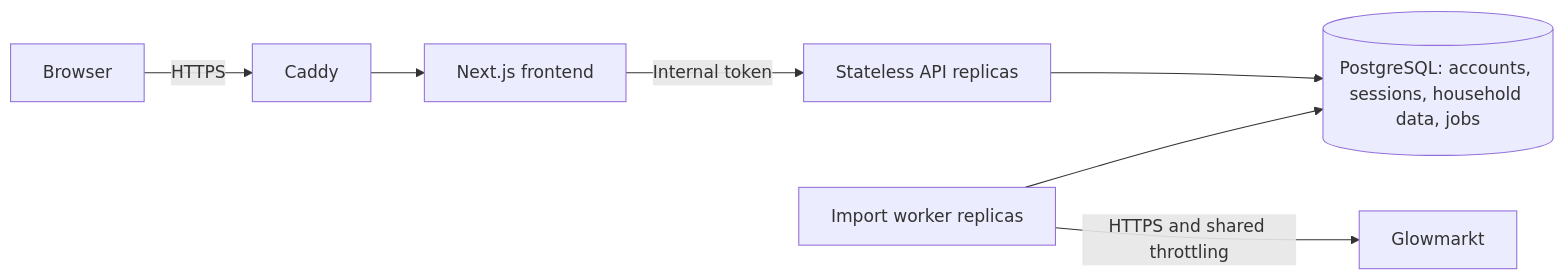
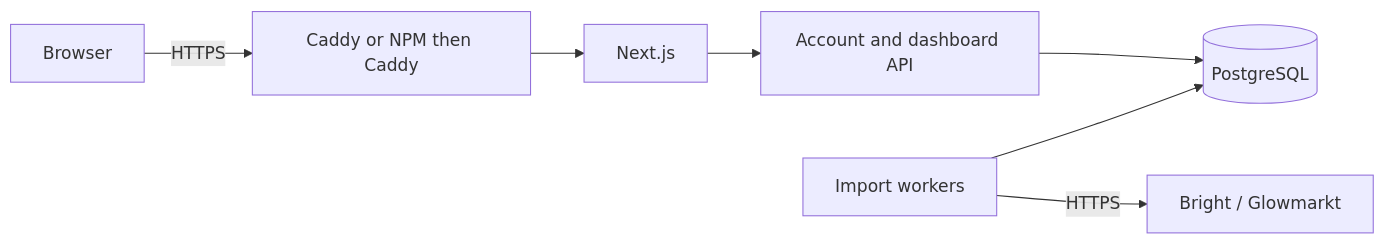
The diagram in HOSTING.md (BerkantB0/Powerall), drawn with Mermaid before and after one commit. The commit also changed other lines of this file and 14 other files, not shown here.

````diff
--- a/HOSTING.md
+++ b/HOSTING.md
@@ -9,9 +9,9 @@
 ```mermaid
 flowchart LR
-    Browser -->|HTTPS| Caddy
-    Caddy --> Web[Next.js frontend]
-    Web -->|Internal token| API[Stateless API replicas]
-    API --> PG[(PostgreSQL: accounts, sessions, household data, jobs)]
-    Worker[Import worker replicas] --> PG
-    Worker -->|HTTPS and shared throttling| Bright[Glowmarkt]
+    Browser -->|HTTPS| Gateway[Caddy or NPM then Caddy]
+    Gateway --> Frontend[Next.js]
+    Frontend --> API[Account and dashboard API]
+    API --> Database[(PostgreSQL)]
+    Worker[Import workers] --> Database
+    Worker -->|HTTPS| Bright[Bright / Glowmarkt]
 ```
````
